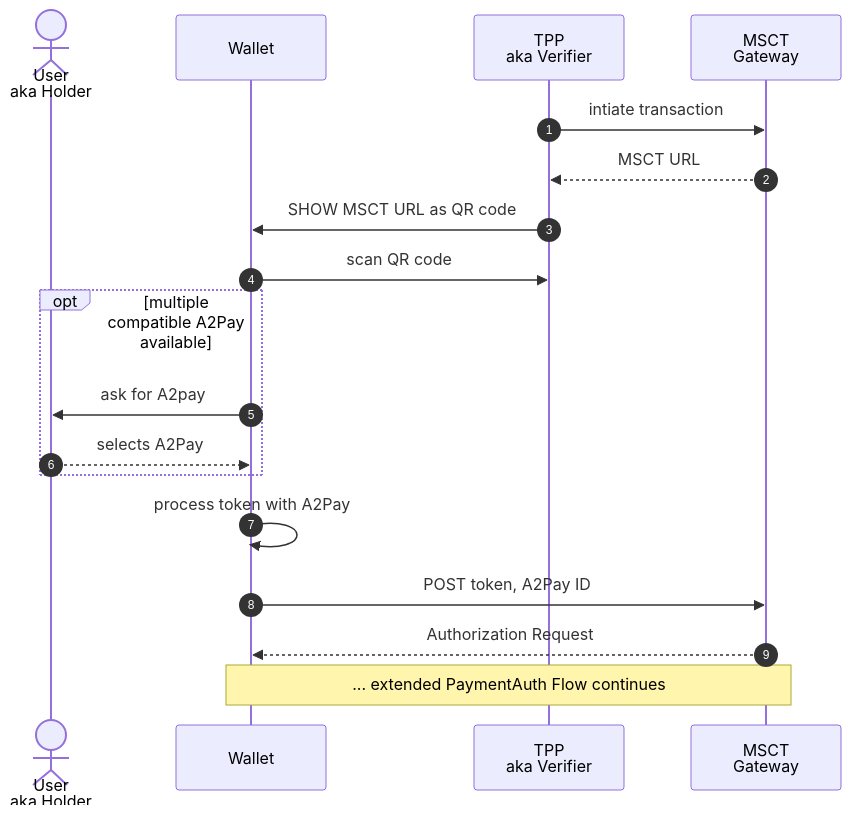
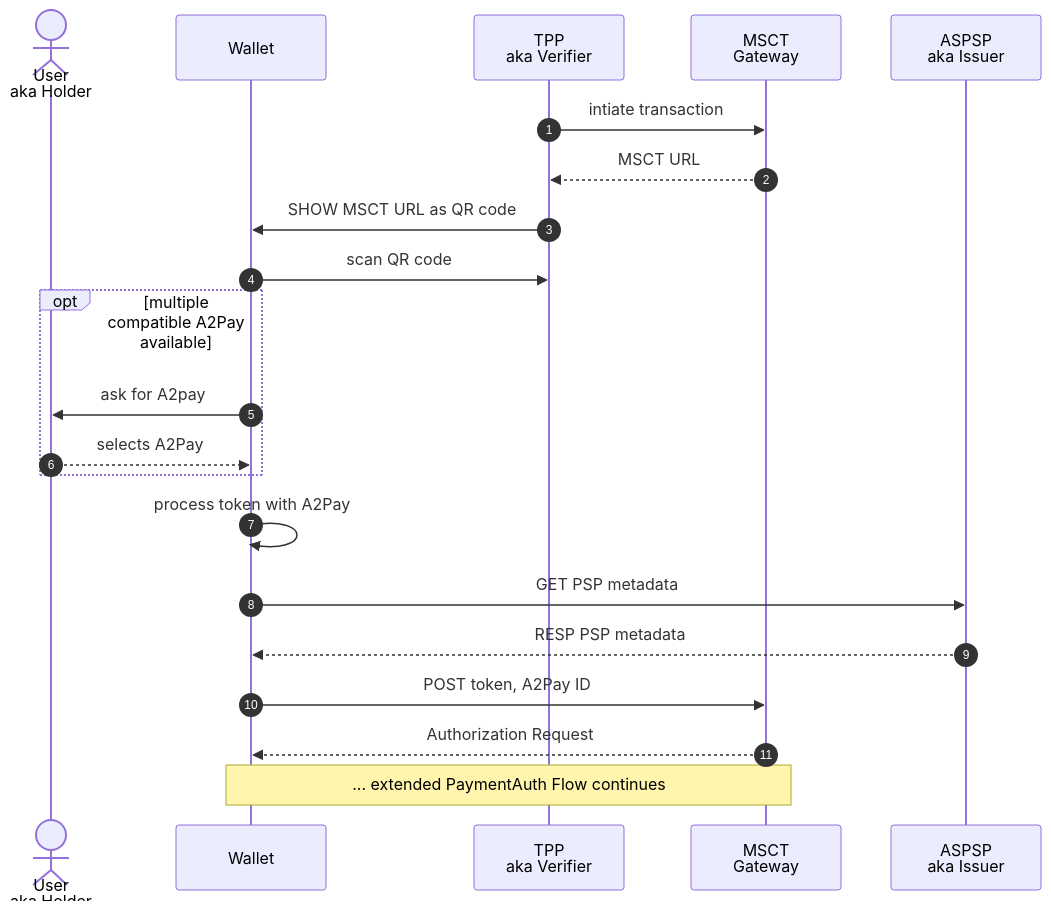
Before and after one commit to nobid-consortium/payment-reference-documentation: the third of 3 diagrams in payment-reference-doc.md, drawn with Mermaid. The commit also changed other lines of this file and 1 other file, not shown here.

Commit message:
updated diagramms

````diff
--- a/payment-reference-doc.md
+++ b/payment-reference-doc.md
@@ -589,21 +587,24 @@
 ```mermaid
  
 sequenceDiagram
     autonumber
     actor user as User<br/>aka Holder
     participant wallet as Wallet
     participant psp as TPP<br/>aka Verifier
     participant msct as MSCT<br/>Gateway
+    participant aspsp as ASPSP<br>aka Issuer
     psp ->> msct: intiate transaction
     msct -->> psp: MSCT URL
     psp ->> wallet: SHOW MSCT URL as QR code
     wallet ->> psp: scan QR code
     opt multiple compatible A2Pay available
     wallet ->> user: ask for A2pay
     user -->> wallet: selects A2Pay
     end
     wallet ->> wallet: process token with A2Pay
+    wallet ->> aspsp: GET PSP metadata
+    aspsp -->> wallet: RESP PSP metadata
     wallet  ->> msct: POST token, A2Pay ID
     msct -->> wallet : Authorization Request
     note over wallet,msct: ... extended PaymentAuth Flow continues
 ```
````
